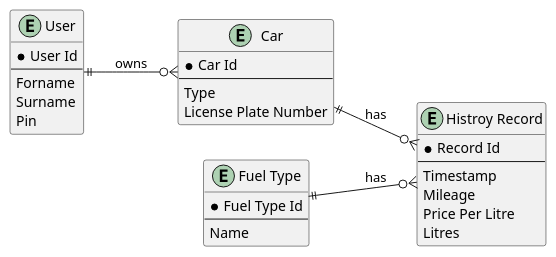
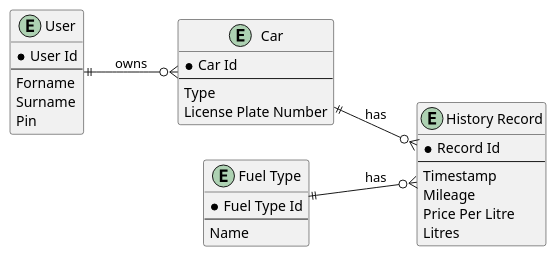
Before and after one commit to SQS-THRO/Tanker24: the diagram in docs/er-model.md, drawn with PlantUML. The commit also changed 8 other files, not shown here.

````diff
--- a/docs/er-model.md
+++ b/docs/er-model.md
@@ -6,40 +6,40 @@
 ```puml
 @startuml
 left to right direction
 
 entity "User" as User {
   *User Id
   --
   Forname
   Surname
   Pin
 }
 
 entity "Car" as Car {
   *Car Id
   --
   Type
   License Plate Number
 }
 
 entity "Fuel Type" as FuelType {
   *Fuel Type Id
   --
   Name
 }
 
-entity "Histroy Record" as HistoryRecord {
+entity "History Record" as HistoryRecord {
   *Record Id
   --
   Timestamp
   Mileage
   Price Per Litre
   Litres
 }
 
 User ||--o{ Car : owns
 Car ||--o{ HistoryRecord : has
 FuelType ||--o{ HistoryRecord : has
 
 @enduml
 ```
````
